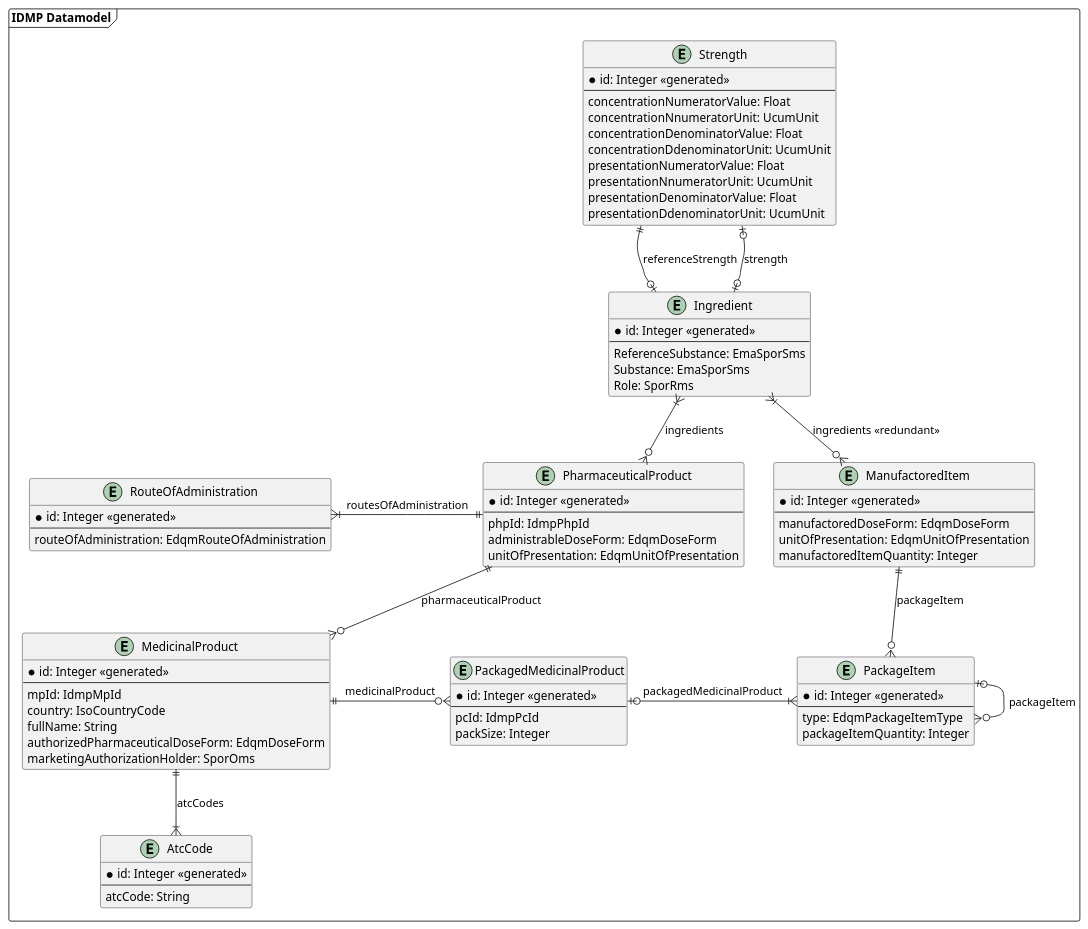
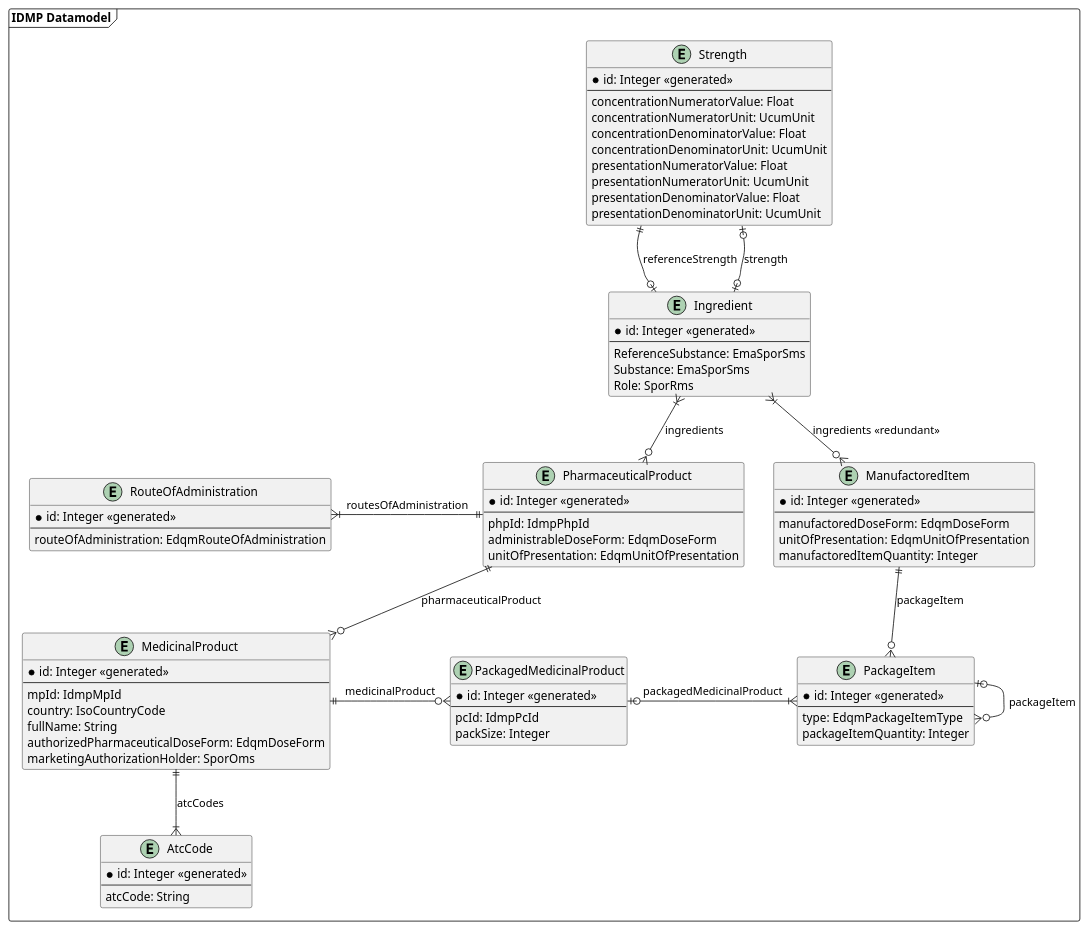
The diagram in uml/class/datamodelRedesigned.puml (unicom-project-eu/wp6-db-api), drawn with PlantUML before and after one commit.

Commit message:
Fixed typos

```diff
--- a/uml/class/datamodelRedesigned.puml
+++ b/uml/class/datamodelRedesigned.puml
@@ -1,96 +1,96 @@
 @startuml
 'https://plantuml.com/class-diagram
 
 package "IDMP Datamodel" as idmpDatamodel <<frame>> {
     entity Strength {
         * id: Integer <<generated>>
         --
         concentrationNumeratorValue: Float
-        concentrationNnumeratorUnit: UcumUnit
+        concentrationNumeratorUnit: UcumUnit
         concentrationDenominatorValue: Float
-        concentrationDdenominatorUnit: UcumUnit
+        concentrationDenominatorUnit: UcumUnit
         presentationNumeratorValue: Float
-        presentationNnumeratorUnit: UcumUnit
+        presentationNumeratorUnit: UcumUnit
         presentationDenominatorValue: Float
-        presentationDdenominatorUnit: UcumUnit
+        presentationDenominatorUnit: UcumUnit
     }
 
     entity Ingredient {
         * id: Integer <<generated>>
         --
         ReferenceSubstance: EmaSporSms
         Substance: EmaSporSms
         Role: SporRms
     }
 
     together {
         entity RouteOfAdministration {
             * id: Integer <<generated>>
             --
             routeOfAdministration: EdqmRouteOfAdministration
         }
 
         entity PharmaceuticalProduct {
             * id: Integer <<generated>>
             --
             phpId: IdmpPhpId
             administrableDoseForm: EdqmDoseForm
             unitOfPresentation: EdqmUnitOfPresentation
         }
     }
 
     entity MedicinalProduct {
         * id: Integer <<generated>>
         --
         mpId: IdmpMpId
         country: IsoCountryCode
         fullName: String
         authorizedPharmaceuticalDoseForm: EdqmDoseForm
         marketingAuthorizationHolder: SporOms
     }
 
     entity AtcCode {
         * id: Integer <<generated>>
         --
         atcCode: String
     }
 
     entity PackagedMedicinalProduct {
         * id: Integer <<generated>>
         --
         pcId: IdmpPcId
         packSize: Integer
     }
 
     entity PackageItem {
         * id: Integer <<generated>>
         --
         type: EdqmPackageItemType
         packageItemQuantity: Integer
     }
 
     entity ManufactoredItem {
         * id: Integer <<generated>>
         --
         manufactoredDoseForm: EdqmDoseForm
         unitOfPresentation: EdqmUnitOfPresentation
         manufactoredItemQuantity: Integer
     }
 
     MedicinalProduct ||--|{ AtcCode : "atcCodes"
 
     Strength ||--o| Ingredient : "referenceStrength"
     Strength |o--o| Ingredient : "strength"
 
     Ingredient }|-o{ ManufactoredItem : "ingredients <<redundant>>"
     Ingredient }|--o{ PharmaceuticalProduct : "ingredients"
 
     RouteOfAdministration }|-r-|| PharmaceuticalProduct : "routesOfAdministration"
     PharmaceuticalProduct ||--o{ MedicinalProduct : "pharmaceuticalProduct"
     MedicinalProduct ||-o{ PackagedMedicinalProduct : "medicinalProduct"
     PackagedMedicinalProduct |o-|{ PackageItem : "packagedMedicinalProduct"
     PackageItem |o-o{ PackageItem : "packageItem"
     ManufactoredItem ||--o{ PackageItem : "packageItem"
 }
 
 @enduml
```
